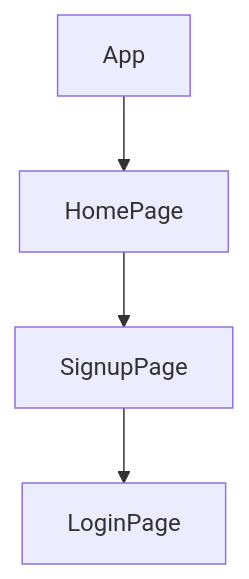
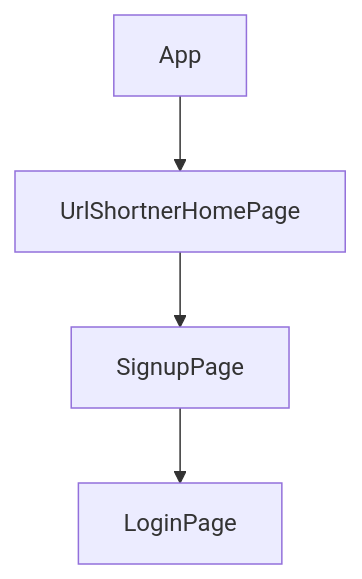
The diagram in README.md (shikhu51197/url-Shortner), drawn with Mermaid before and after one commit. The commit also changed other lines of this file, not shown here.

````diff
--- a/README.md
+++ b/README.md
@@ -373,7 +198,7 @@
 ```mermaid
 graph TD;
- App-->HomePage
-HomePage-->SignupPage
+ App-->UrlShortnerHomePage
+UrlShortnerHomePage-->SignupPage
 SignupPage--> LoginPage
 
 ```
````
